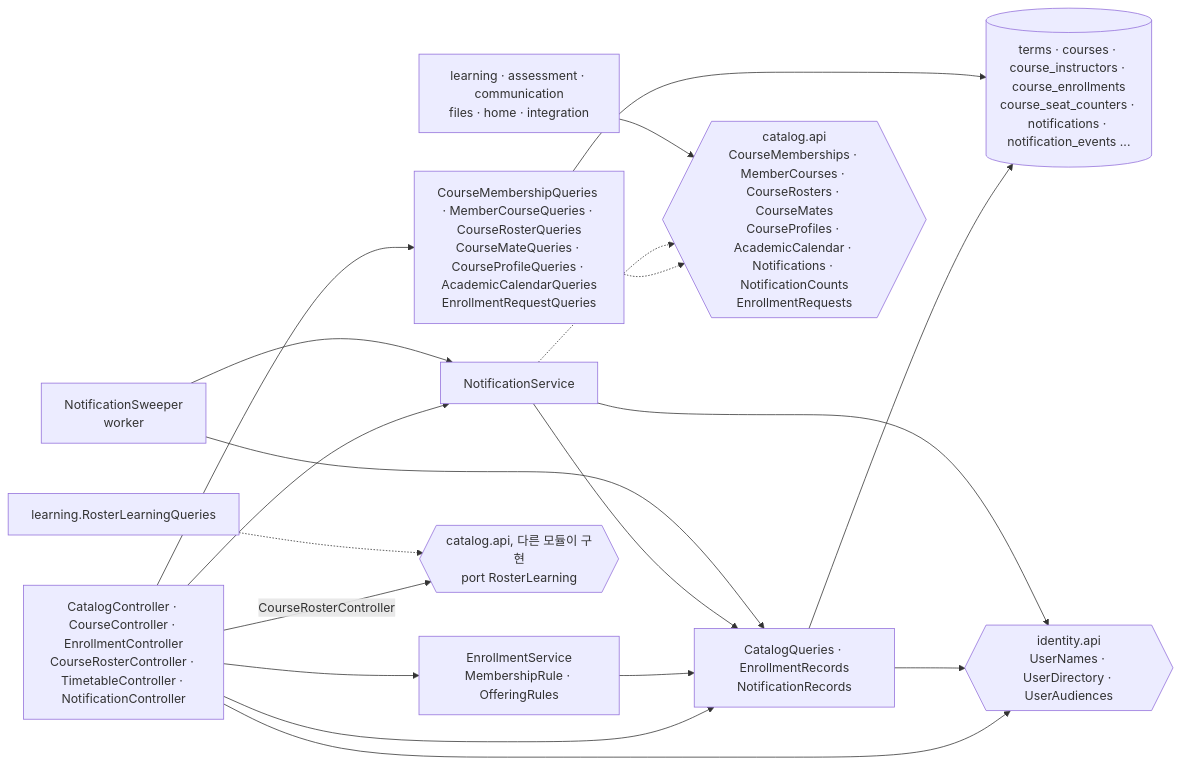
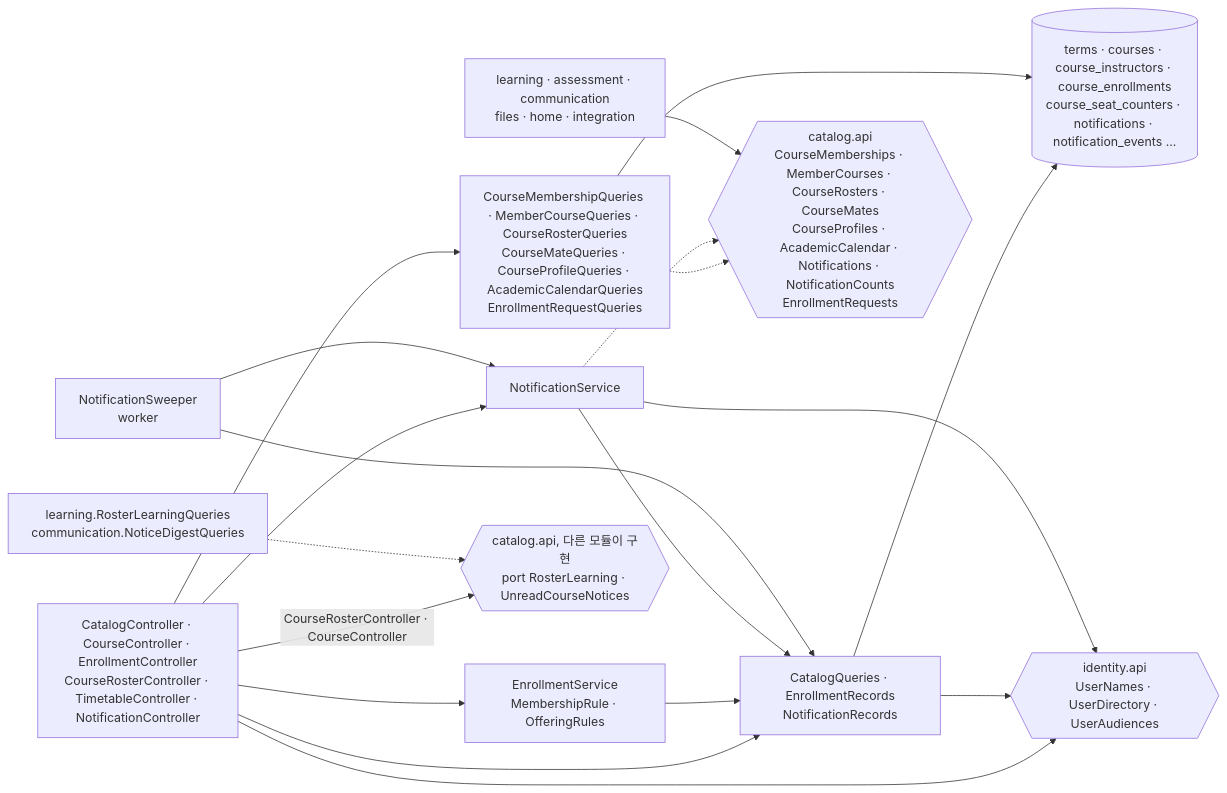
The seventh of 18 diagrams in backend/docs/c4.md (2026ENDPoinT/team13), drawn with Mermaid before and after one commit. The commit also changed other lines of this file and 5 other files, not shown here.

````diff
--- a/backend/docs/c4.md
+++ b/backend/docs/c4.md
@@ -292,25 +292,25 @@
 ```mermaid
 flowchart LR
   CTRL["CatalogController · CourseController · EnrollmentController<br/>CourseRosterController · TimetableController · NotificationController"]
   ENR["EnrollmentService<br/>MembershipRule · OfferingRules"]
   NS["NotificationService"]
   SW["NotificationSweeper<br/>worker"]
   REC["CatalogQueries · EnrollmentRecords<br/>NotificationRecords"]
   Q["CourseMembershipQueries · MemberCourseQueries · CourseRosterQueries<br/>CourseMateQueries · CourseProfileQueries · AcademicCalendarQueries<br/>EnrollmentRequestQueries"]
   API{{"catalog.api<br/>CourseMemberships · MemberCourses · CourseRosters · CourseMates<br/>CourseProfiles · AcademicCalendar · Notifications · NotificationCounts<br/>EnrollmentRequests"}}
   IDN{{"identity.api<br/>UserNames · UserDirectory · UserAudiences"}}
   DB[("terms · courses · course_instructors · course_enrollments<br/>course_seat_counters · notifications · notification_events ...")]
   CALL["learning · assessment · communication<br/>files · home · integration"]
-  PORT{{"catalog.api, 다른 모듈이 구현<br/>port RosterLearning"}}
-  LRQ["learning.RosterLearningQueries"]
+  PORT{{"catalog.api, 다른 모듈이 구현<br/>port RosterLearning · UnreadCourseNotices"}}
+  LRQ["learning.RosterLearningQueries<br/>communication.NoticeDigestQueries"]
   CTRL --> ENR & NS & REC & Q
   ENR --> REC
   NS --> REC
   SW --> NS & REC
   REC & Q --> DB
   Q & NS -.-> API
   CTRL & REC & NS --> IDN
   CALL --> API
-  CTRL -->|"CourseRosterController"| PORT
+  CTRL -->|"CourseRosterController · CourseController"| PORT
   LRQ -.-> PORT
 ```
````
